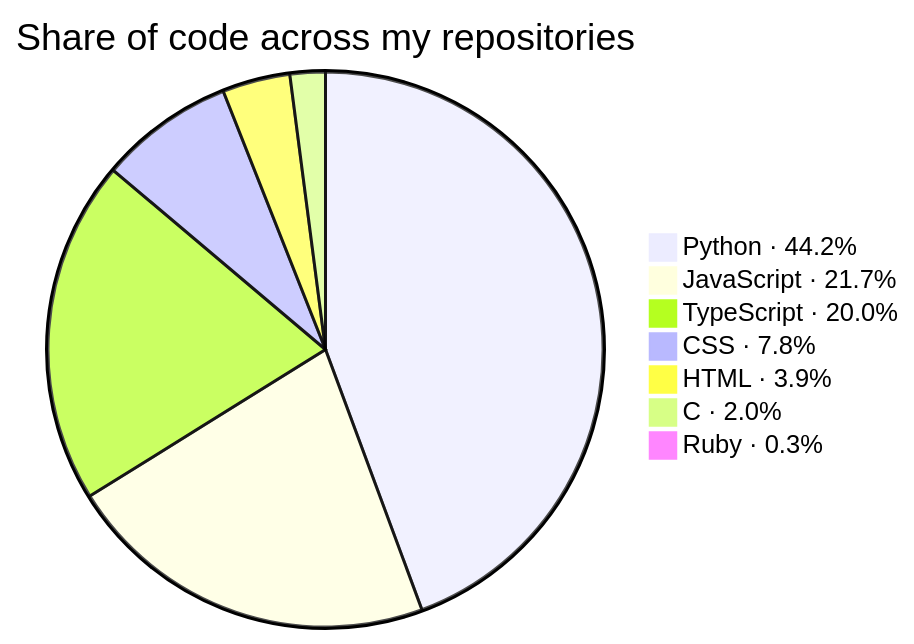
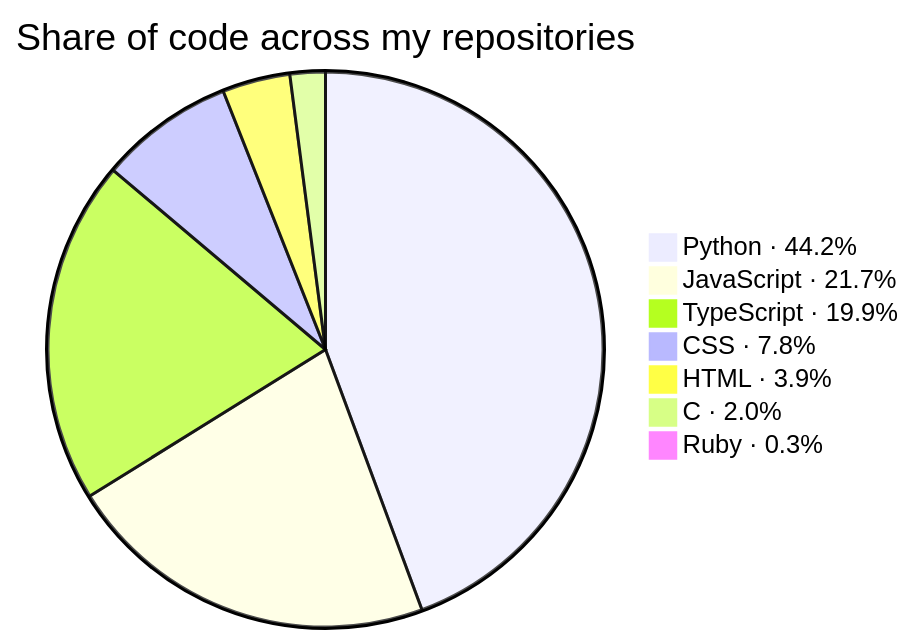
Before and after one commit to KathFK1234/KathFK1234: the second of 3 diagrams in README.md, drawn with Mermaid. The commit also changed other lines of this file and 3 other files, not shown here.

````diff
--- a/README.md
+++ b/README.md
@@ -109,11 +109,11 @@
 ```mermaid
 %%{init: {"themeVariables": {"pieSectionTextSize": "0px"}}}%%
 pie title Share of code across my repositories
     "Python · 44.2%" : 1353.3
-    "JavaScript · 21.7%" : 664.9
-    "TypeScript · 20.0%" : 610.7
+    "JavaScript · 21.7%" : 665.0
+    "TypeScript · 19.9%" : 610.7
     "CSS · 7.8%" : 239.3
     "HTML · 3.9%" : 120.3
     "C · 2.0%" : 62.7
     "Ruby · 0.3%" : 10.1
 ```
````
